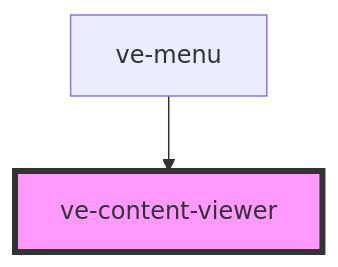
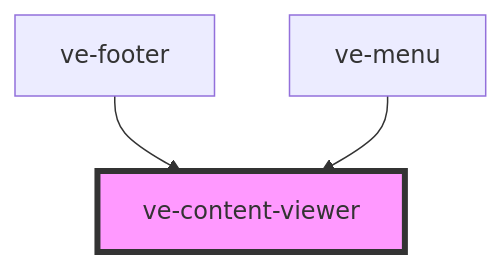
Before and after one commit to visual-essays/web-components: the diagram in src/components/ve-content-viewer/readme.md, drawn with Mermaid. The commit also changed other lines of this file and 13 other files, not shown here.

````diff
--- a/src/components/ve-content-viewer/readme.md
+++ b/src/components/ve-content-viewer/readme.md
@@ -24,5 +25,6 @@
 ```mermaid
 graph TD;
+  ve-footer --> ve-content-viewer
   ve-menu --> ve-content-viewer
   style ve-content-viewer fill:#f9f,stroke:#333,stroke-width:4px
 ```
````
